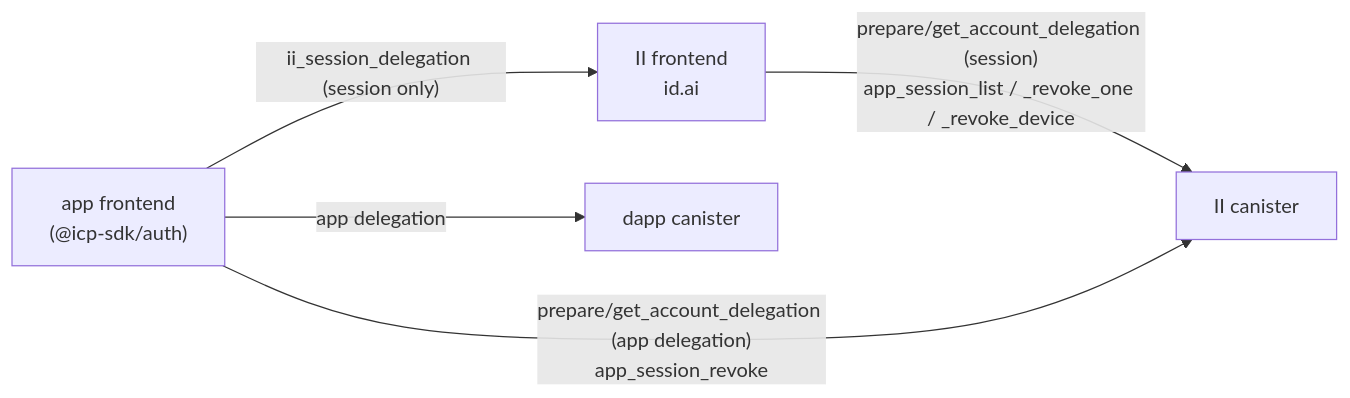
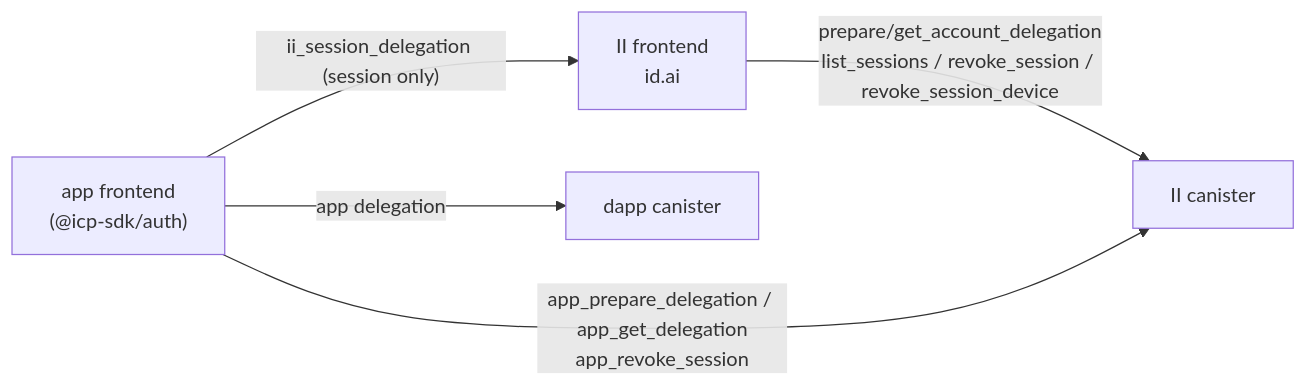
Before and after one commit to dfinity/internet-identity: the first of 7 diagrams in docs/ongoing/revocable-app-sessions.md, drawn with Mermaid. The commit also changed other lines of this file, not shown here.

````diff
--- a/docs/ongoing/revocable-app-sessions.md
+++ b/docs/ongoing/revocable-app-sessions.md
@@ -10,12 +10,12 @@
 ```mermaid
 flowchart LR
     App["app frontend<br/>(@icp-sdk/auth)"]
     IIF["II frontend<br/>id.ai"]
     IIC["II canister"]
     DC["dapp canister"]
 
     App -->|"ii_session_delegation (session only)"| IIF
-    IIF -->|"prepare/get_account_delegation (session)<br/>app_session_list / _revoke_one / _revoke_device"| IIC
-    App -->|"prepare/get_account_delegation (app delegation)<br/>app_session_revoke"| IIC
+    IIF -->|"prepare/get_account_delegation<br/>list_sessions / revoke_session / revoke_session_device"| IIC
+    App -->|"app_prepare_delegation / app_get_delegation<br/>app_revoke_session"| IIC
     App -->|"app delegation"| DC
 ```
````
